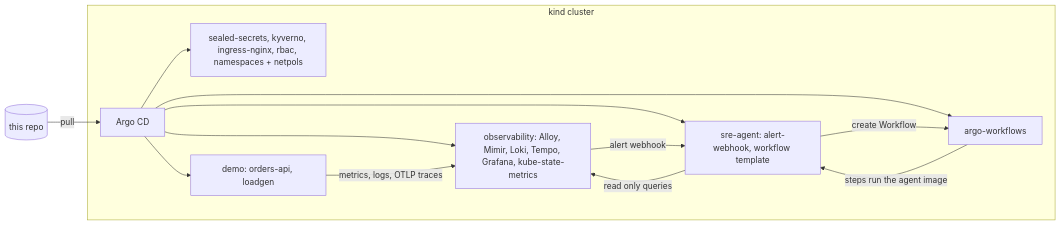
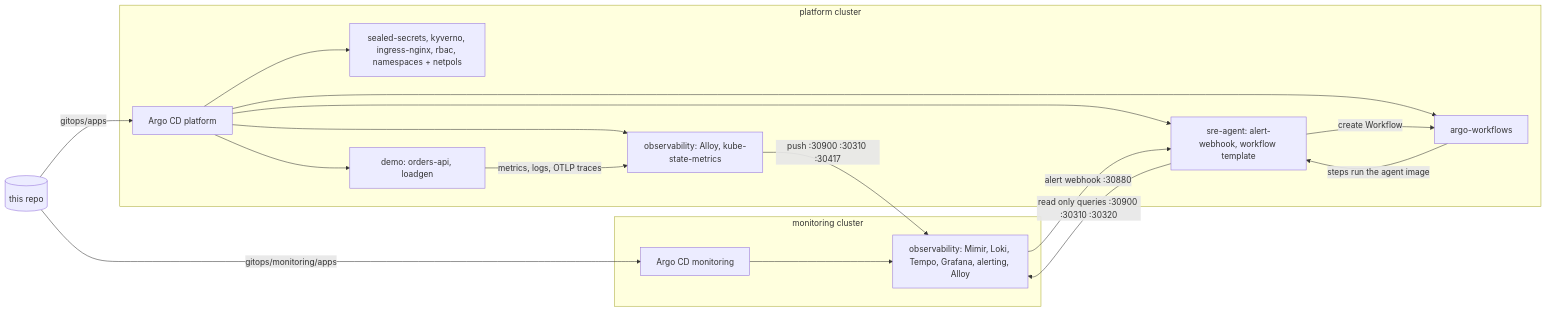
One commit to krishnakant888/k3s-sre-platform changed the diagram in README.md. Above: the diagram before and after it, drawn with Mermaid. The commit also changed other lines of this file and 30 other files, not shown here.

First line of the commit message:
Split monitoring into its own kind cluster

````diff
--- a/README.md
+++ b/README.md
@@ -52,16 +57,21 @@
 ```mermaid
 flowchart LR
-  Git[(this repo)] -->|pull| Argo[Argo CD]
-  subgraph kind cluster
-    Argo --> Platform[sealed-secrets, kyverno, ingress-nginx, rbac, namespaces + netpols]
-    Argo --> Obs[observability: Alloy, Mimir, Loki, Tempo, Grafana, kube-state-metrics]
-    Argo --> AW[argo-workflows]
-    Argo --> Demo[demo: orders-api, loadgen]
-    Argo --> Agent[sre-agent: alert-webhook, workflow template]
-    Demo -->|metrics, logs, OTLP traces| Obs
-    Obs -->|alert webhook| Agent
+  Git[(this repo)] -->|gitops/apps| ArgoP[Argo CD platform]
+  Git -->|gitops/monitoring/apps| ArgoM[Argo CD monitoring]
+  subgraph platform cluster
+    ArgoP --> Platform[sealed-secrets, kyverno, ingress-nginx, rbac, namespaces + netpols]
+    ArgoP --> Collect[observability: Alloy, kube-state-metrics]
+    ArgoP --> AW[argo-workflows]
+    ArgoP --> Demo[demo: orders-api, loadgen]
+    ArgoP --> Agent[sre-agent: alert-webhook, workflow template]
+    Demo -->|metrics, logs, OTLP traces| Collect
     Agent -->|create Workflow| AW
     AW -->|steps run the agent image| Agent
-    Agent -->|read only queries| Obs
   end
+  subgraph monitoring cluster
+    ArgoM --> Stack[observability: Mimir, Loki, Tempo, Grafana, alerting, Alloy]
+  end
+  Collect -->|push :30900 :30310 :30417| Stack
+  Agent -->|read only queries :30900 :30310 :30320| Stack
+  Stack -->|alert webhook :30880| Agent
 ```
````
